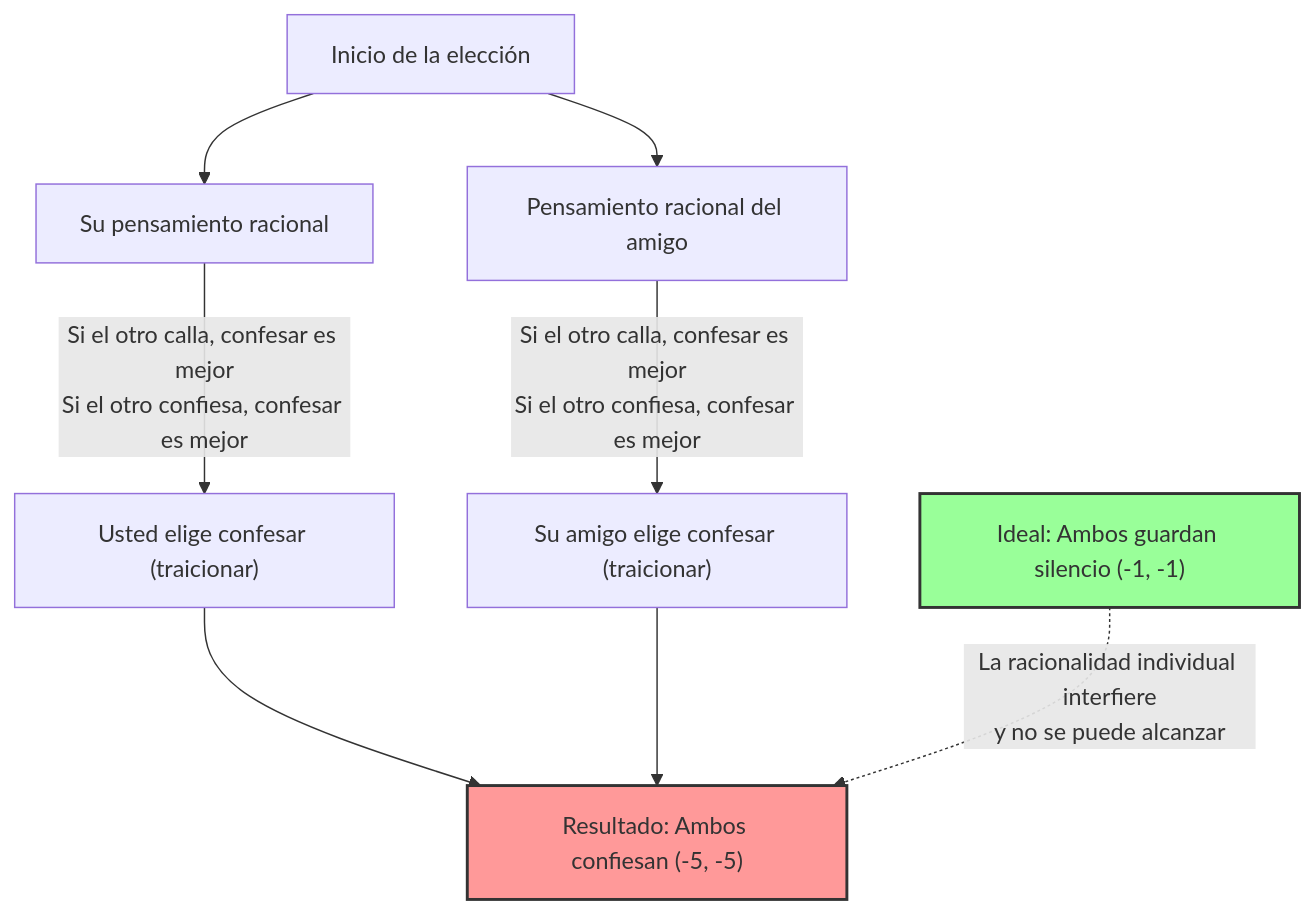
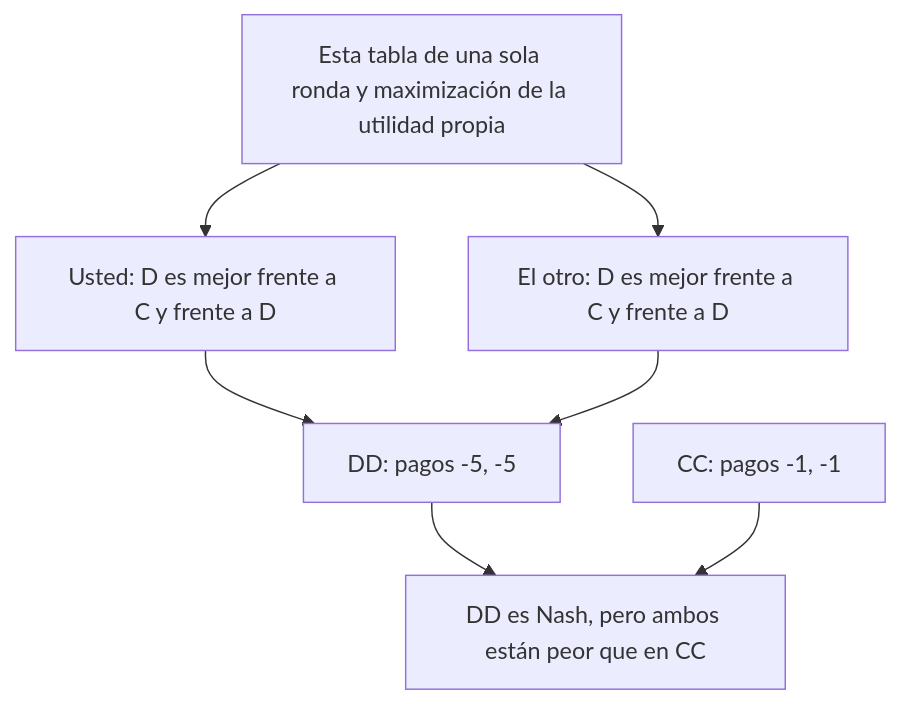
One commit to kenjinote/blog changed the first of 2 diagrams in content/post/囚人のジレンマ/index.es.md. Above: the diagram before and after it, drawn with Mermaid. The commit also changed other lines of this file and 9 other files, not shown here.

````diff
--- a/content/post/囚人のジレンマ/index.es.md
+++ b/content/post/囚人のジレンマ/index.es.md
@@ -72,16 +87,9 @@
 ```mermaid
 graph TD
-    Start["Inicio de la elección"] --> Logic_You["Su pensamiento racional"]
-    Start --> Logic_Friend["Pensamiento racional del amigo"]
-    
-    Logic_You -->|"Si el otro calla, confesar es mejor<br>Si el otro confiesa, confesar es mejor"| Betray_You["Usted elige confesar (traicionar)"]
-    Logic_Friend -->|"Si el otro calla, confesar es mejor<br>Si el otro confiesa, confesar es mejor"| Betray_Friend["Su amigo elige confesar (traicionar)"]
-    
-    Betray_You --> Result["Resultado: Ambos confiesan (-5, -5)"]
-    Betray_Friend --> Result
-    
-    Ideal["Ideal: Ambos guardan silencio (-1, -1)"] -.->|"La racionalidad individual interfiere<br>y no se puede alcanzar"| Result
-    
-    style Result fill:#ff9999,stroke:#333,stroke-width:2px
-    style Ideal fill:#99ff99,stroke:#333,stroke-width:2px
+    Model["Esta tabla de una sola ronda y maximización de la utilidad propia"] --> You["Usted: D es mejor frente a C y frente a D"]
+    Model --> Other["El otro: D es mejor frente a C y frente a D"]
+    You --> DD["DD: pagos -5, -5"]
+    Other --> DD
+    DD --> Compare["DD es Nash, pero ambos están peor que en CC"]
+    CC["CC: pagos -1, -1"] --> Compare
 ```
````
